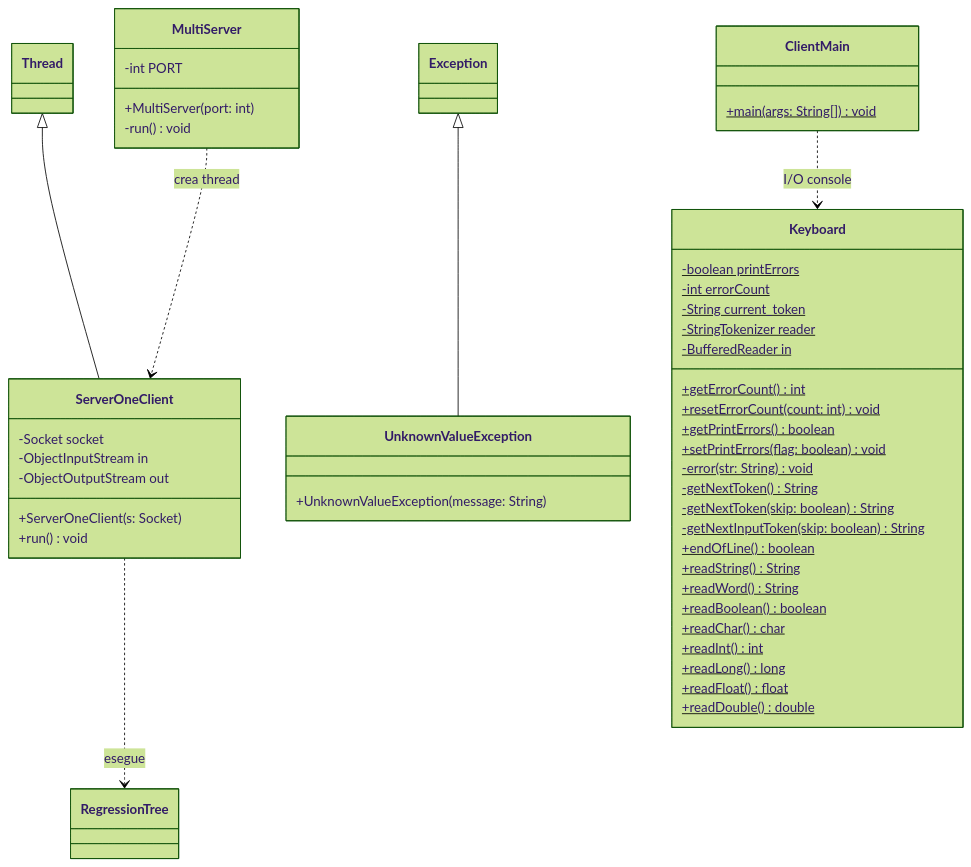
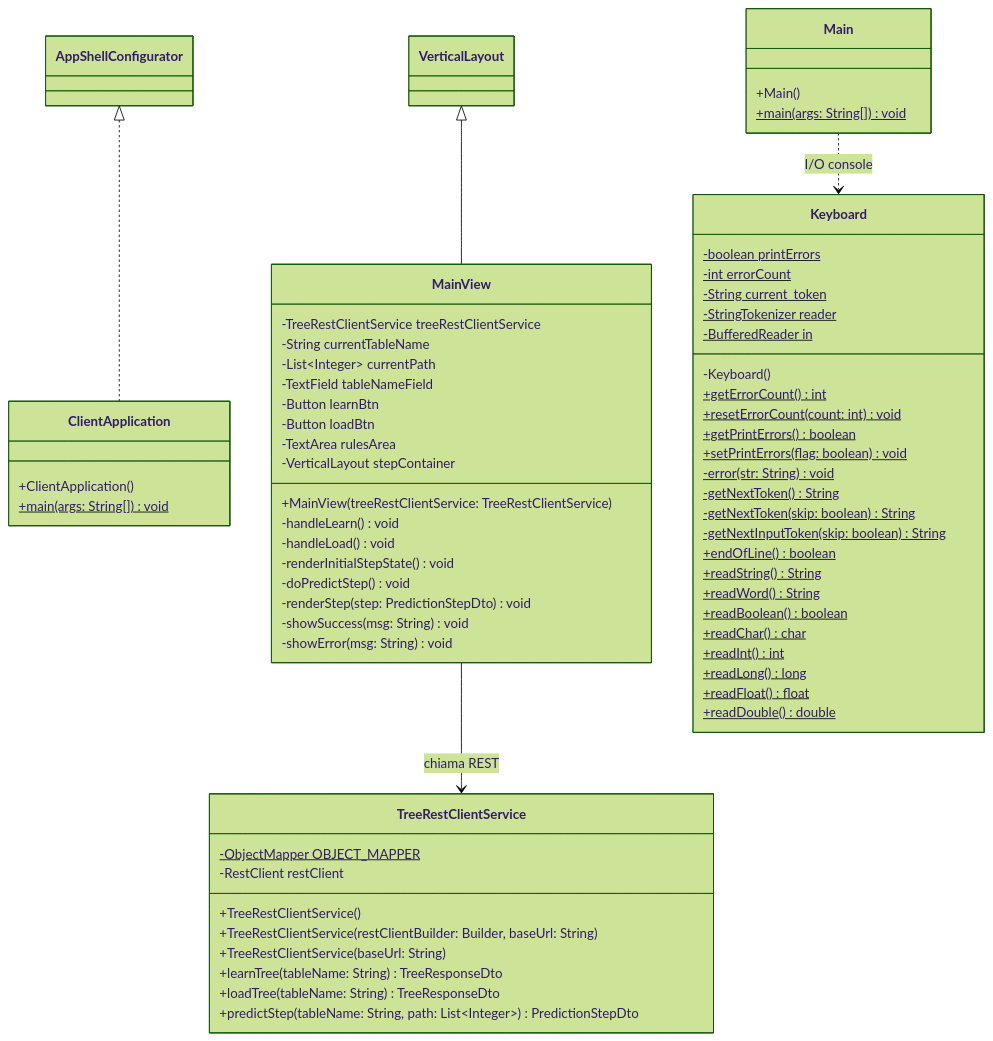
One commit to MarcoDiana/Albero_di_regressione changed the sixth of 11 diagrams in docs/architettura-uml-oop.md. Above: the diagram before and after it, drawn with Mermaid (forest theme). The commit also changed other lines of this file and 222 other files, not shown here.

Commit message:
docs: allineamento completo documentazione, diagrammi UML, PDF e javadoc aggregato

````diff
--- a/docs/architettura-uml-oop.md
+++ b/docs/architettura-uml-oop.md
@@ -274,55 +353,73 @@
 ```mermaid
 classDiagram
-    class MultiServer {
-        -int PORT
-        +MultiServer(port: int)
-        -run() void
+    class ClientApplication {
+        +ClientApplication()
+        +main(args: String[])$ void
     }
 
-    class ServerOneClient {
-        -Socket socket
-        -ObjectInputStream in
-        -ObjectOutputStream out
-        +ServerOneClient(s: Socket)
-        +run() void
+    class Main {
+        +Main()
+        +main(args: String[])$ void
     }
 
-    class UnknownValueException {
-        +UnknownValueException(message: String)
+    class TreeRestClientService {
+        -ObjectMapper OBJECT_MAPPER$
+        -RestClient restClient
+        +TreeRestClientService()
+        +TreeRestClientService(restClientBuilder: Builder, baseUrl: String)
+        +TreeRestClientService(baseUrl: String)
+        +learnTree(tableName: String) TreeResponseDto
+        +loadTree(tableName: String) TreeResponseDto
+        +predictStep(tableName: String, path: List~Integer~) PredictionStepDto
     }
 
-    class ClientMain {
-        +main(args: String[])$ void
+    class MainView {
+        -TreeRestClientService treeRestClientService
+        -String currentTableName
+        -List~Integer~ currentPath
+        -TextField tableNameField
+        -Button learnBtn
+        -Button loadBtn
+        -TextArea rulesArea
+        -VerticalLayout stepContainer
+        +MainView(treeRestClientService: TreeRestClientService)
+        -handleLearn() void
+        -handleLoad() void
+        -renderInitialStepState() void
+        -doPredictStep() void
+        -renderStep(step: PredictionStepDto) void
+        -showSuccess(msg: String) void
+        -showError(msg: String) void
     }
 
     class Keyboard {
         -boolean printErrors$
         -int errorCount$
         -String current_token$
         -StringTokenizer reader$
         -BufferedReader in$
+        -Keyboard()
         +getErrorCount()$ int
         +resetErrorCount(count: int)$ void
         +getPrintErrors()$ boolean
         +setPrintErrors(flag: boolean)$ void
         -error(str: String)$ void
         -getNextToken()$ String
         -getNextToken(skip: boolean)$ String
         -getNextInputToken(skip: boolean)$ String
         +endOfLine()$ boolean
         +readString()$ String
         +readWord()$ String
         +readBoolean()$ boolean
         +readChar()$ char
         +readInt()$ int
         +readLong()$ long
         +readFloat()$ float
         +readDouble()$ double
     }
 
-    Thread <|-- ServerOneClient
-    Exception <|-- UnknownValueException
-    MultiServer ..> ServerOneClient : crea thread
-    ServerOneClient ..> RegressionTree : esegue
-    ClientMain ..> Keyboard : I/O console
+    AppShellConfigurator <|.. ClientApplication
+    VerticalLayout <|-- MainView
+    MainView --> TreeRestClientService : chiama REST
+    Main ..> Keyboard : I/O console
 ```
````
